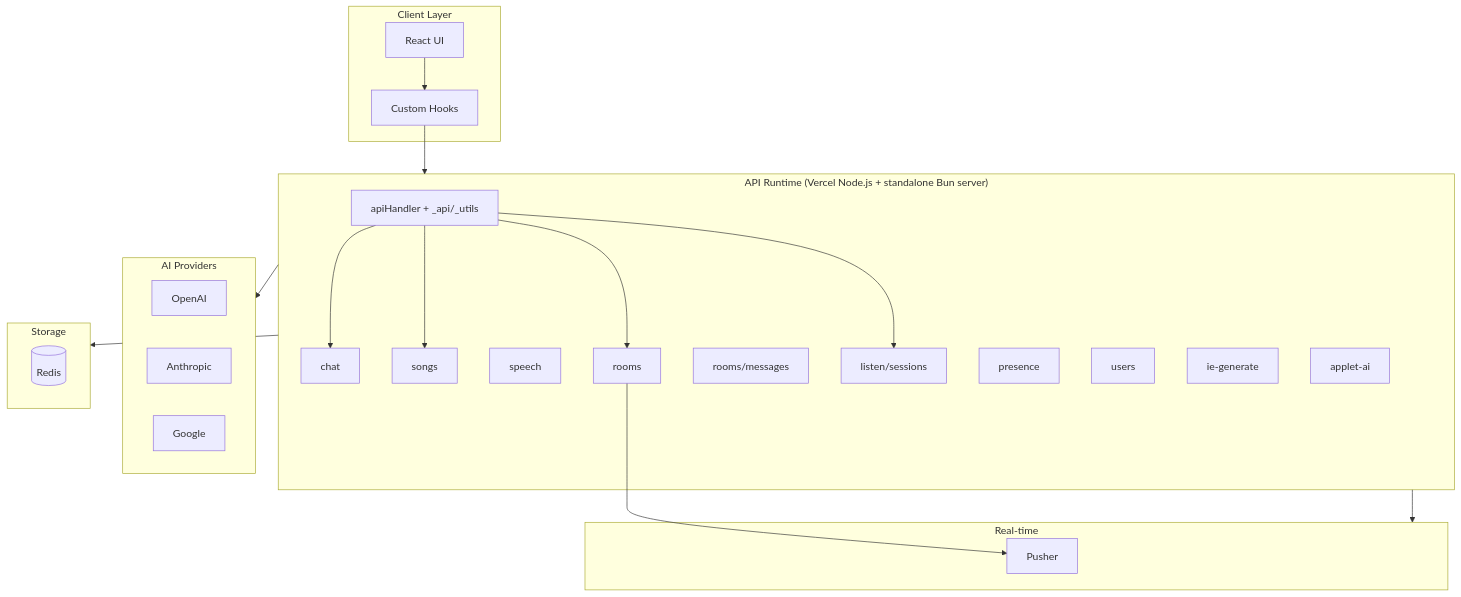
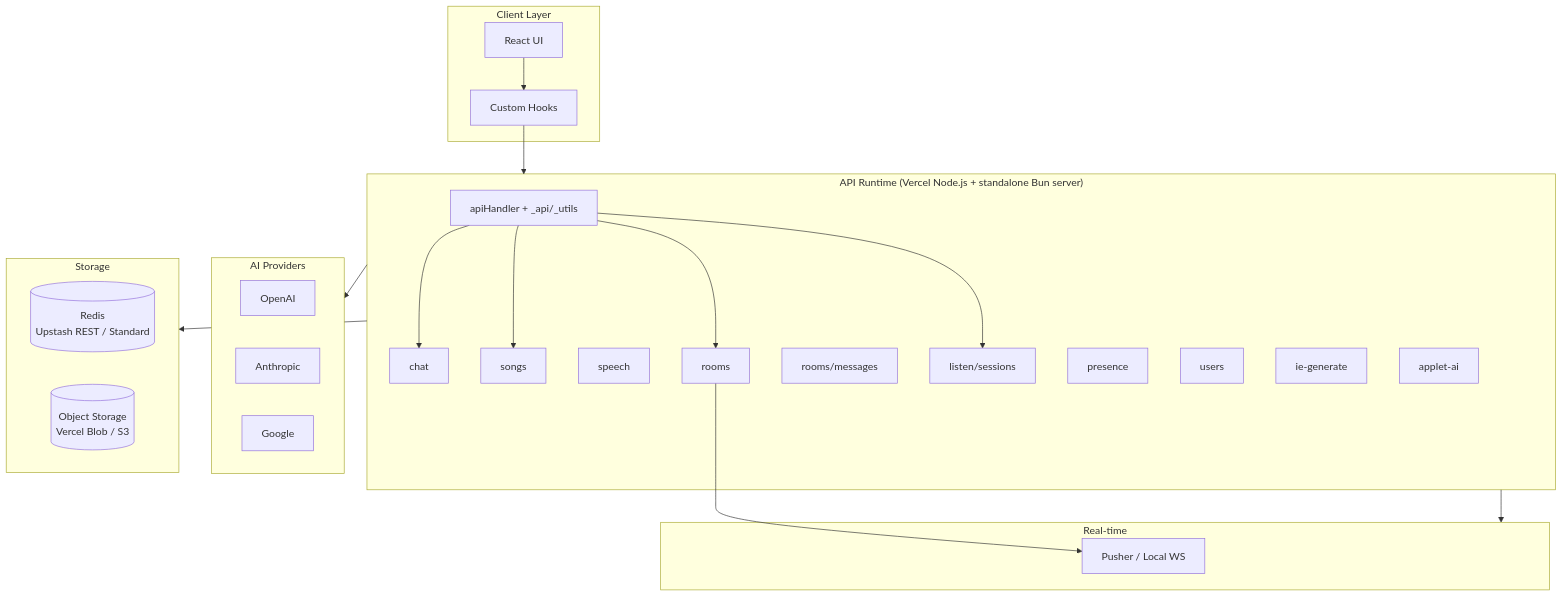
The first of 3 diagrams in docs/1.2-api-architecture.md (ryokun6/ryos), drawn with Mermaid before and after one commit. The commit also changed other lines of this file and 19 other files, not shown here.

````diff
--- a/docs/1.2-api-architecture.md
+++ b/docs/1.2-api-architecture.md
@@ -7,46 +7,47 @@
 ```mermaid
 graph TB
     subgraph Client["Client Layer"]
         UI[React UI]
         Hooks[Custom Hooks]
     end
     
     subgraph API["API Runtime (Vercel Node.js + standalone Bun server)"]
         Handler[apiHandler + _api/_utils]
         ChatAPI[chat]
         SongAPI[songs]
         SpeechAPI[speech]
         RoomsAPI[rooms]
         MessagesAPI[rooms/messages]
         ListenAPI[listen/sessions]
         PresenceAPI[presence]
         UsersAPI[users]
         IEAPI[ie-generate]
         AppletAPI[applet-ai]
     end
     
     subgraph AI["AI Providers"]
         OpenAI[OpenAI]
         Anthropic[Anthropic]
         Google[Google]
     end
     
     subgraph Storage["Storage"]
-        Redis[(Redis)]
+        Redis[(Redis<br/>Upstash REST / Standard)]
+        ObjectStorage[(Object Storage<br/>Vercel Blob / S3)]
     end
     
     subgraph Realtime["Real-time"]
-        Pusher[Pusher]
+        RealtimeProvider[Pusher / Local WS]
     end
     
     UI --> Hooks
     Hooks --> API
     Handler --> ChatAPI
     Handler --> SongAPI
     Handler --> RoomsAPI
     Handler --> ListenAPI
     API --> AI
     API --> Storage
     API --> Realtime
-    RoomsAPI --> Pusher
+    RoomsAPI --> RealtimeProvider
 ```
````
